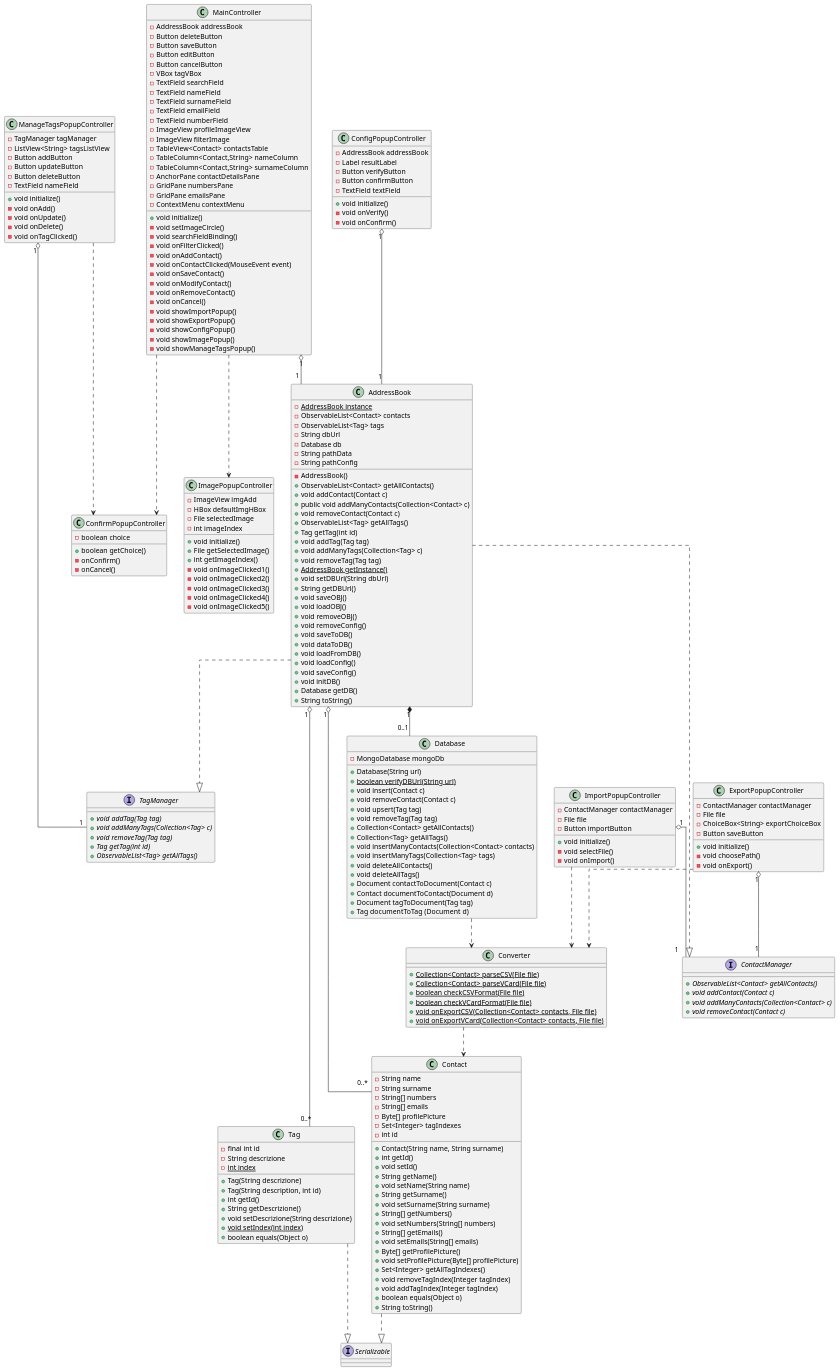
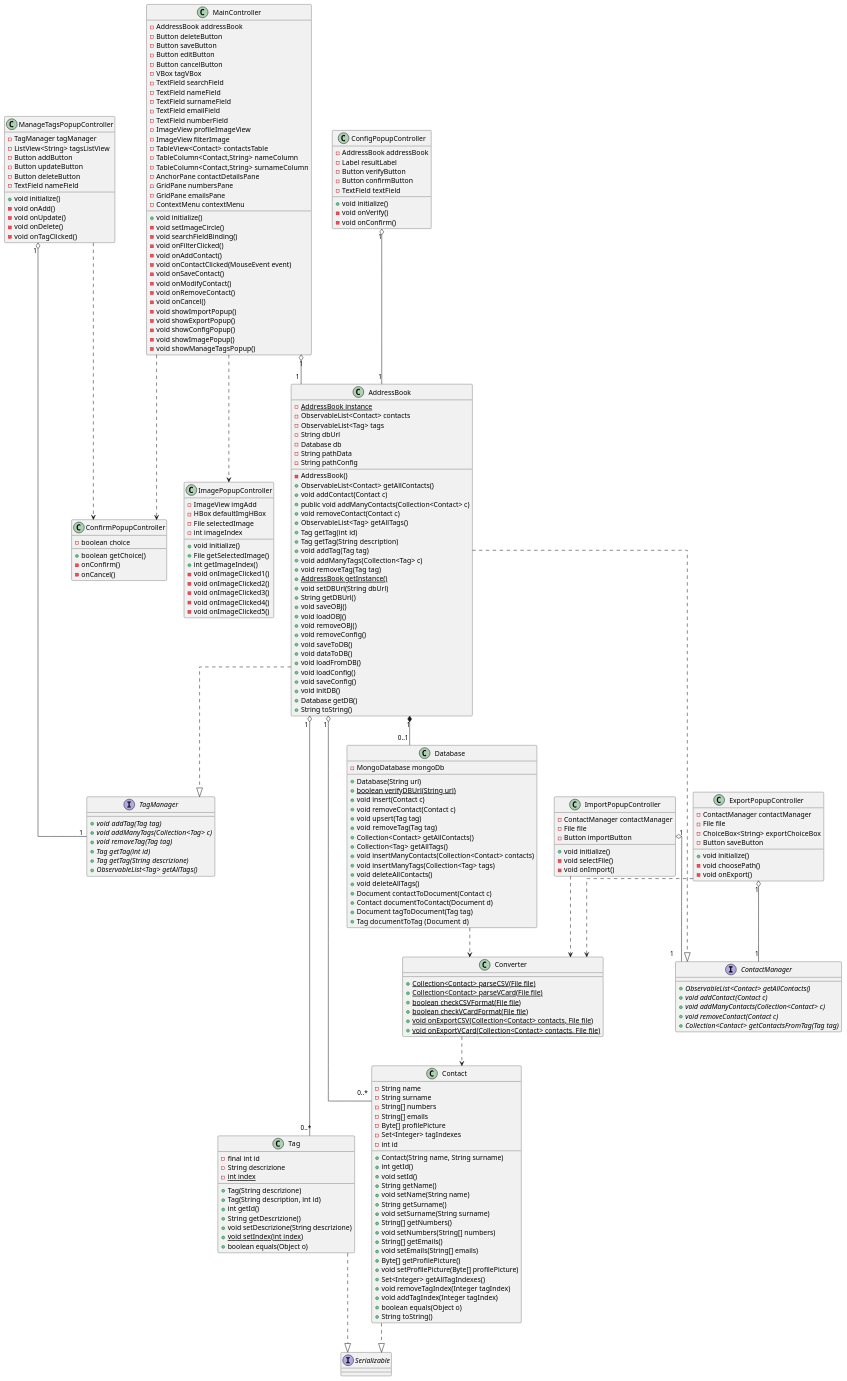
One commit to savaava/ProgettoRubrica changed the diagram in documenti/diagrammi di classe/puml/diagrammaClassi.puml. Above: the diagram before and after it, drawn with PlantUML. The commit also changed 4 other files, not shown here.

```diff
--- a/documenti/diagrammi di classe/puml/diagrammaClassi.puml
+++ b/documenti/diagrammi di classe/puml/diagrammaClassi.puml
@@ -63,6 +63,7 @@
     + void removeContact(Contact c)
     + ObservableList<Tag> getAllTags()
     + Tag getTag(int id)
+    + Tag getTag(String description)
     + void addTag(Tag tag)
     + void addManyTags(Collection<Tag> c)
     + void removeTag(Tag tag)
@@ -232,6 +233,7 @@
     +{abstract} void addContact(Contact c)
     +{abstract} void addManyContacts(Collection<Contact> c)
     +{abstract} void removeContact(Contact c)
+    +{abstract} Collection<Contact> getContactsFromTag(Tag tag)
 }
 
 interface TagManager {
@@ -239,6 +241,7 @@
     +{abstract} void addManyTags(Collection<Tag> c)
     +{abstract} void removeTag(Tag tag)
     +{abstract} Tag getTag(int id)
+    +{abstract} Tag getTag(String descrizione)
     +{abstract} ObservableList<Tag> getAllTags()
 }
 
```
